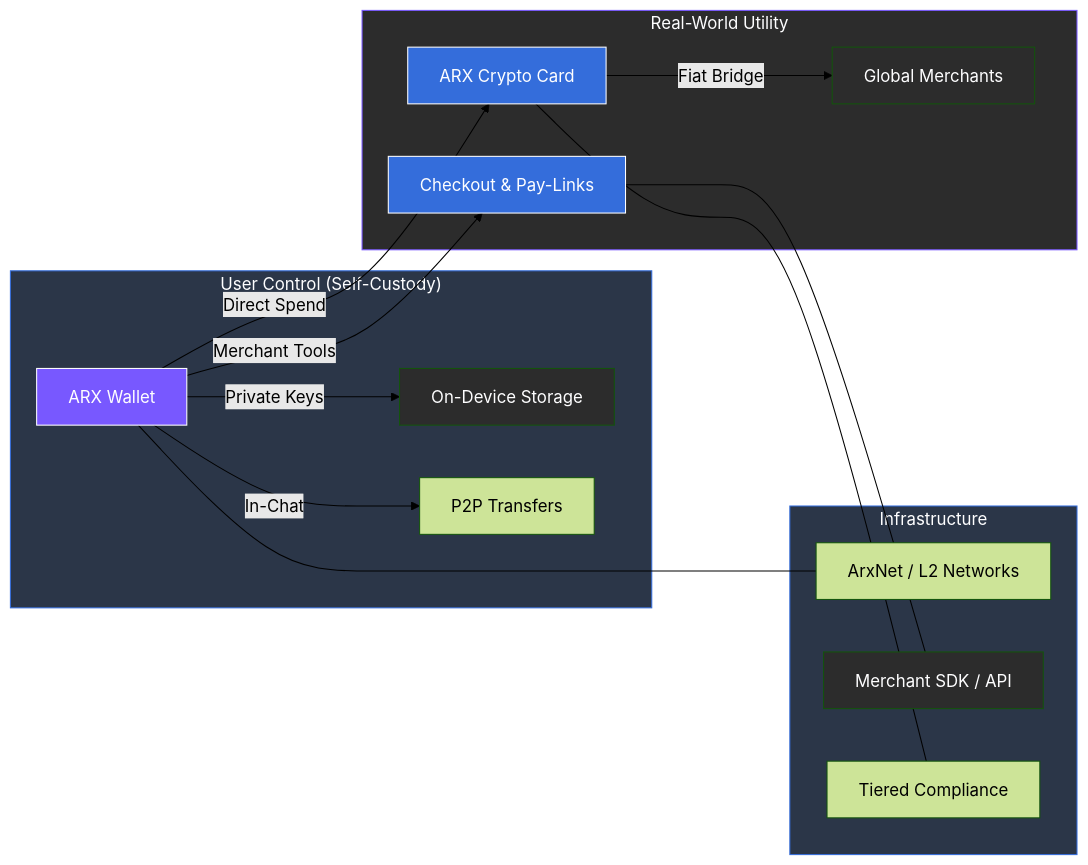
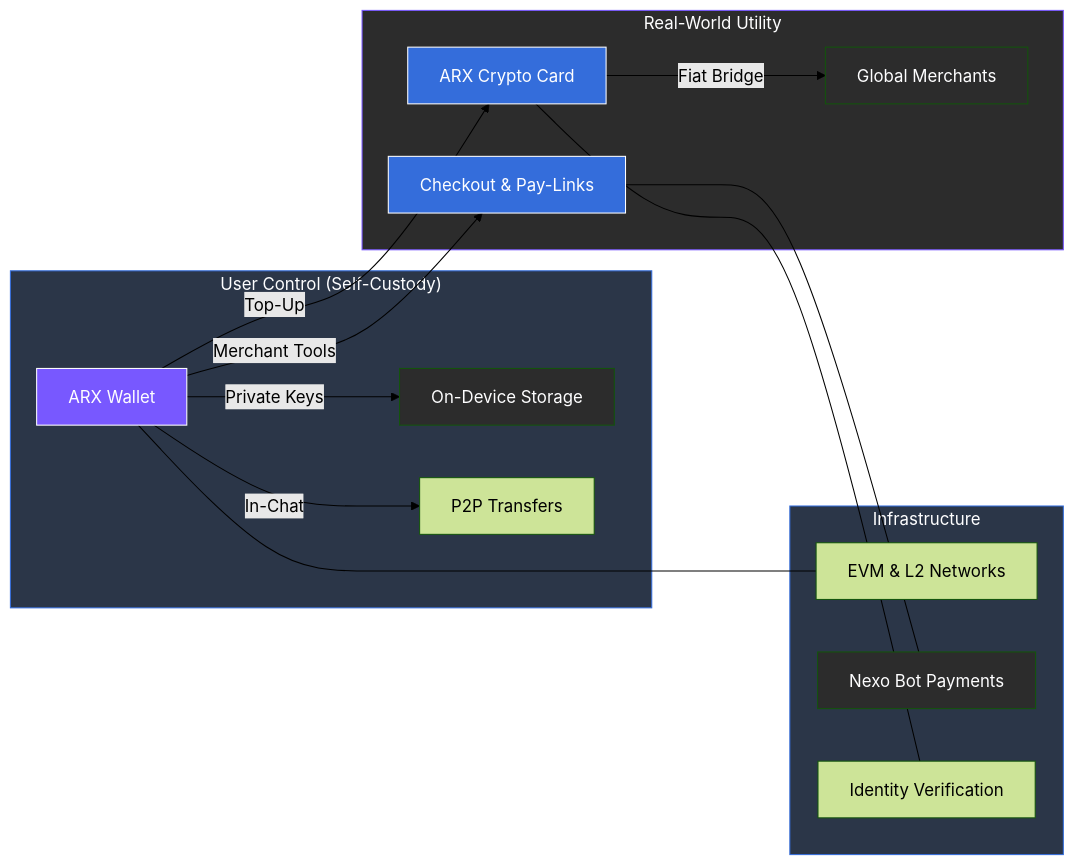
Before and after one commit to unusnullus/docs-xmtp-org: the diagram in gitbook/home/4-product-overview/4.2-fintech-wallet-card-pay-links-and-checkout.md, drawn with Mermaid (forest theme). The commit also changed other lines of this file and 32 other files, not shown here.

````diff
--- a/gitbook/home/4-product-overview/4.2-fintech-wallet-card-pay-links-and-checkout.md
+++ b/gitbook/home/4-product-overview/4.2-fintech-wallet-card-pay-links-and-checkout.md
@@ -24,36 +22,36 @@
 ```mermaid
 graph LR
     %% Global Styling
     accTitle: ARX Fintech Ecosystem
     accDescr: Visualizing the flow of assets through the Wallet, Card, and Checkout layers.
 
     subgraph User_Layer ["User Control (Self-Custody)"]
         W[ARX Wallet] -->|Private Keys| DEV[On-Device Storage]
         W -->|In-Chat| PAY[P2P Transfers]
     end
 
     subgraph Bridge_Layer ["Real-World Utility"]
-        W -->|Direct Spend| CARD[ARX Crypto Card]
+        W -->|Top-Up| CARD[ARX Crypto Card]
         CARD -->|Fiat Bridge| POS[Global Merchants]
         W -->|Merchant Tools| CHECK[Checkout & Pay-Links]
     end
 
     subgraph Network_Layer ["Infrastructure"]
-        W --- L2[ArxNet / L2 Networks]
-        CHECK --- SDK[Merchant SDK / API]
-        CARD --- KYC[Tiered Compliance]
+        W --- L2[EVM & L2 Networks]
+        CHECK --- SDK[Nexo Bot Payments]
+        CARD --- KYC[Identity Verification]
     end
 
     %% Apply Brand Palette
     style User_Layer fill:#2B3648,stroke:#346ddb,color:#fefeff
     style Bridge_Layer fill:#2c2c2c,stroke:#7858ff,color:#fefeff
     style Network_Layer fill:#2B3648,stroke:#346ddb,color:#fefeff
 
     style W fill:#7858ff,stroke:#fefeff,color:#fefeff
     style CARD fill:#346ddb,stroke:#fefeff,color:#fefeff
     style CHECK fill:#346ddb,stroke:#fefeff,color:#fefeff
     
     style DEV fill:#2c2c2c,color:#fefeff
     style POS fill:#2c2c2c,color:#fefeff
     style SDK fill:#2c2c2c,color:#fefeff
 ```
````
